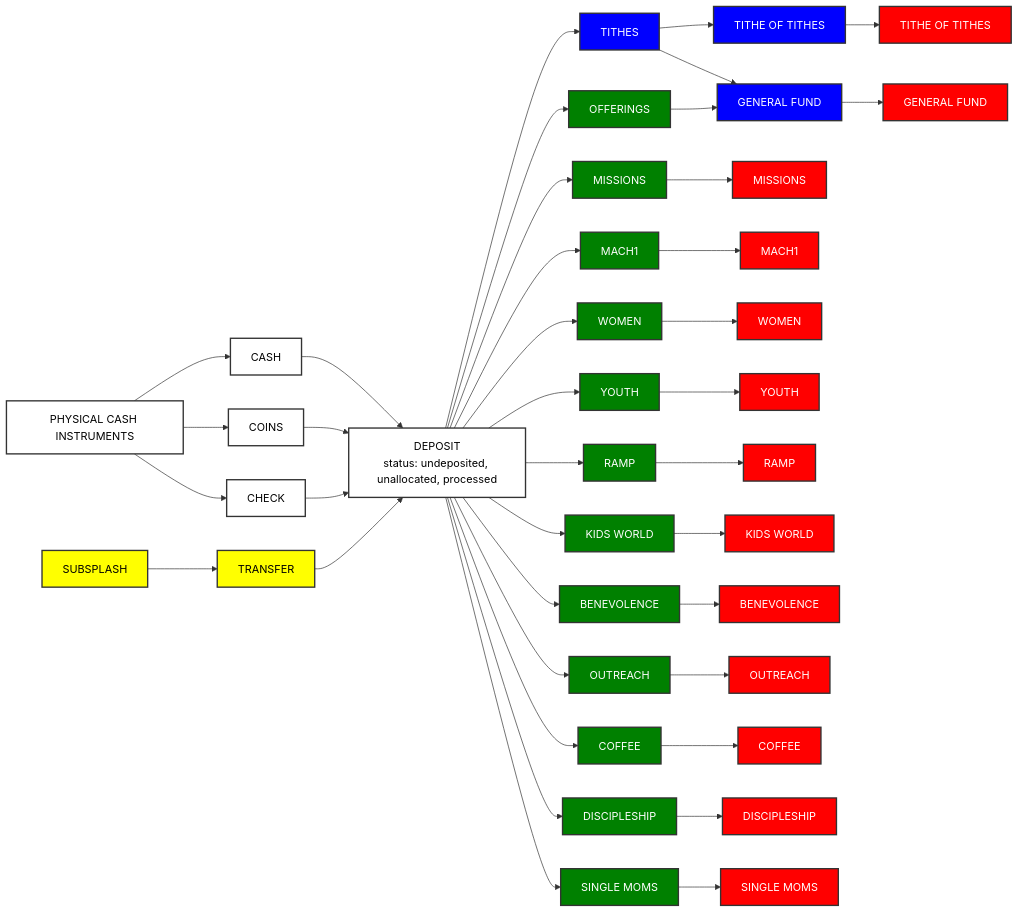
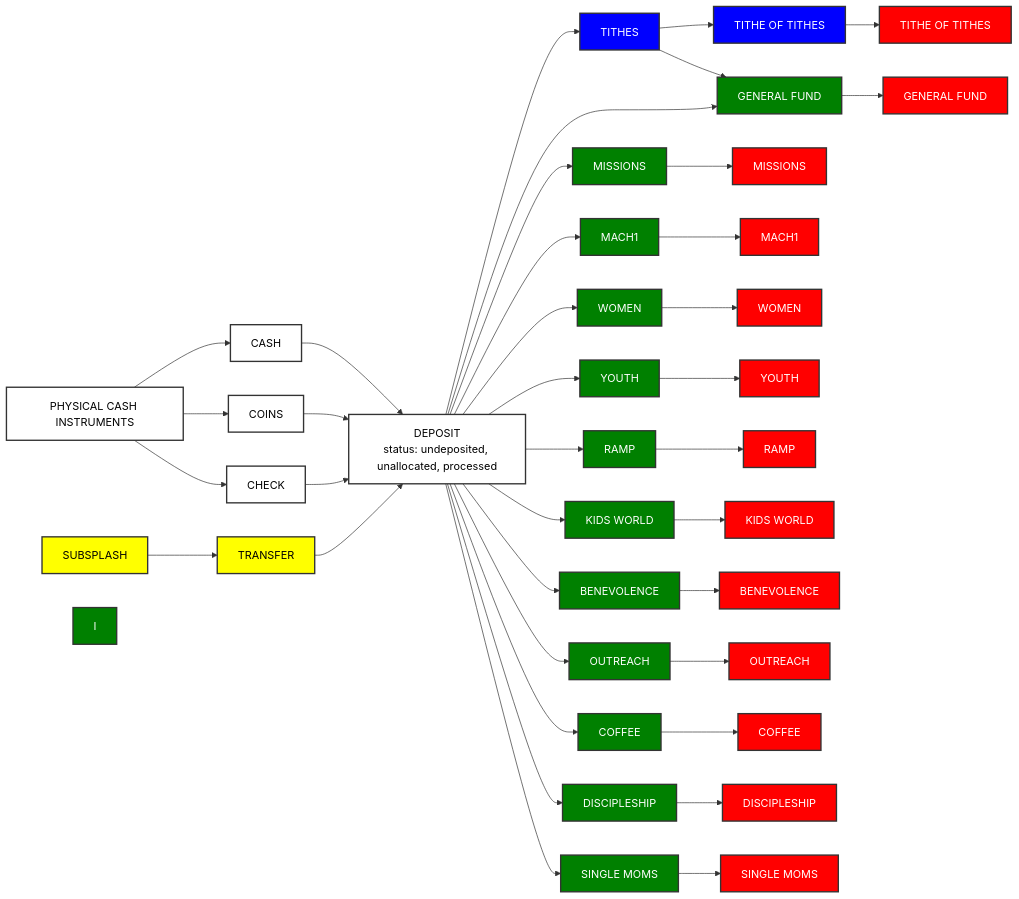
One commit to Parkway-Development/parkway-legacy changed the second of 4 diagrams in documents-and-diagrams/contributions.md. Above: the diagram before and after it, drawn with Mermaid. The commit also changed 8 other files, not shown here.

````diff
--- a/documents-and-diagrams/contributions.md
+++ b/documents-and-diagrams/contributions.md
@@ -160,61 +160,61 @@
 ```mermaid
 graph LR
     A[PHYSICAL CASH INSTRUMENTS]-->B[CASH]
     A-->C[COINS]
     A-->D[CHECK]
     B-->E[DEPOSIT<br/>status: undeposited, unallocated, processed]
     C-->E
     D-->E 
     AAA[SUBSPLASH]-->BBB[TRANSFER]-->E
     E-->F[TITHES]-->G[TITHE OF TITHES]-->GG[TITHE OF TITHES]
-    F-->H[GENERAL FUND]-->HH[GENERAL FUND]
-    E-->I[OFFERINGS]-->H
+    F-->H
+    E-->H[GENERAL FUND]-->HH[GENERAL FUND]
     E-->J[MISSIONS]-->JJ[MISSIONS]
     E-->K[MACH1]-->KK[MACH1]
     E-->L[WOMEN]-->LL[WOMEN]
     E-->M[YOUTH]-->MM[YOUTH]
     E-->N[RAMP]-->NN[RAMP]
     E-->O[KIDS WORLD]-->OO[KIDS WORLD]
     E-->P[BENEVOLENCE]-->PP[BENEVOLENCE]
     E-->Q[OUTREACH]-->QQ[OUTREACH]
     E-->R[COFFEE]-->RR[COFFEE]
     E-->S[DISCIPLESHIP]-->SS[DISCIPLESHIP]
     E-->T[SINGLE MOMS]-->TT[SINGLE MOMS]
 
     style A fill:white,stroke:#333,stroke-width:2px,color:black
     style B fill:white,stroke:#333,stroke-width:2px,color:black
     style C fill:white,stroke:#333,stroke-width:2px,color:black
     style D fill:white,stroke:#333,stroke-width:2px,color:black
     style E fill:white,stroke:#333,stroke-width:2px,color:black
     style F fill:blue,stroke:#333,stroke-width:2px,color:white
     style G fill:blue,stroke:#333,stroke-width:2px,color:white
-    style H fill:blue,stroke:#333,stroke-width:2px,color:white
+    style H fill:green,stroke:#333,stroke-width:2px,color:white
     style I fill:green,stroke:#333,stroke-width:2px,color:white
     style J fill:green,stroke:#333,stroke-width:2px,color:white
     style K fill:green,stroke:#333,stroke-width:2px,color:white
     style L fill:green,stroke:#333,stroke-width:2px,color:white
     style M fill:green,stroke:#333,stroke-width:2px,color:white
     style N fill:green,stroke:#333,stroke-width:2px,color:white
     style O fill:green,stroke:#333,stroke-width:2px,color:white
     style P fill:green,stroke:#333,stroke-width:2px,color:white
     style Q fill:green,stroke:#333,stroke-width:2px,color:white
     style R fill:green,stroke:#333,stroke-width:2px,color:white
     style S fill:green,stroke:#333,stroke-width:2px,color:white
     style T fill:green,stroke:#333,stroke-width:2px,color:white
     style GG fill:red,stroke:#333,stroke-width:2px,color:white
     style HH fill:red,stroke:#333,stroke-width:2px,color:white
     style JJ fill:red,stroke:#333,stroke-width:2px,color:white
     style KK fill:red,stroke:#333,stroke-width:2px,color:white
     style LL fill:red,stroke:#333,stroke-width:2px,color:white
     style MM fill:red,stroke:#333,stroke-width:2px,color:white
     style NN fill:red,stroke:#333,stroke-width:2px,color:white
     style OO fill:red,stroke:#333,stroke-width:2px,color:white
     style PP fill:red,stroke:#333,stroke-width:2px,color:white
     style QQ fill:red,stroke:#333,stroke-width:2px,color:white
     style RR fill:red,stroke:#333,stroke-width:2px,color:white
     style SS fill:red,stroke:#333,stroke-width:2px,color:white
     style TT fill:red,stroke:#333,stroke-width:2px,color:white
     style AAA fill:yellow,stroke:#333,stroke-width:2px,color:black
     style BBB fill:yellow,stroke:#333,stroke-width:2px,color:black
 
 ```
````
